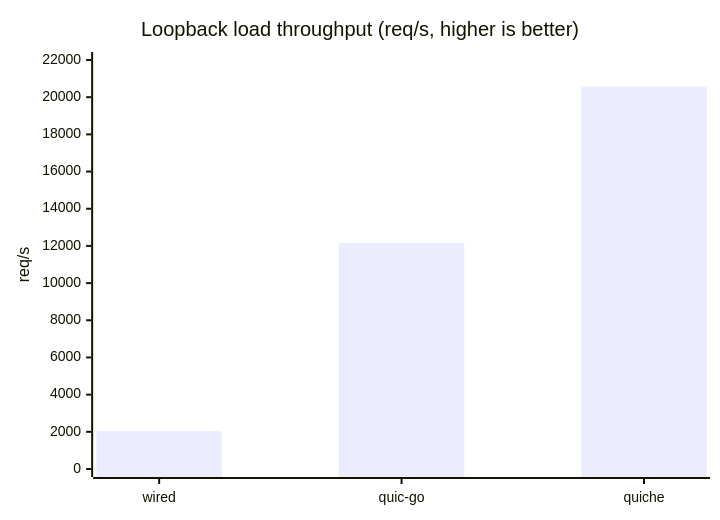
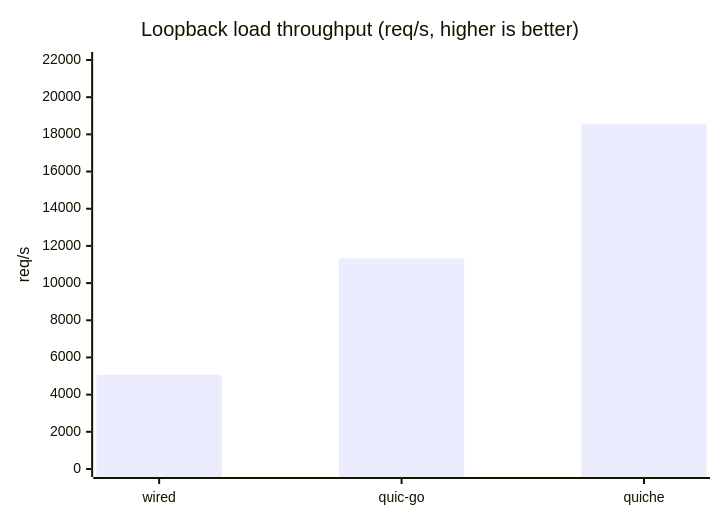
The second of 4 diagrams in docs/comparison.md (Hakkadaikon/wired), drawn with Mermaid before and after one commit. The commit also changed other lines of this file, not shown here.

````diff
--- a/docs/comparison.md
+++ b/docs/comparison.md
@@ -107,7 +109,7 @@
 ```mermaid
 xychart-beta
     title "Loopback load throughput (req/s, higher is better)"
     x-axis ["wired", "quic-go", "quiche"]
     y-axis "req/s" 0 --> 22000
-    bar [2040, 12159, 20559]
+    bar [5067, 11329, 18550]
 ```
````
